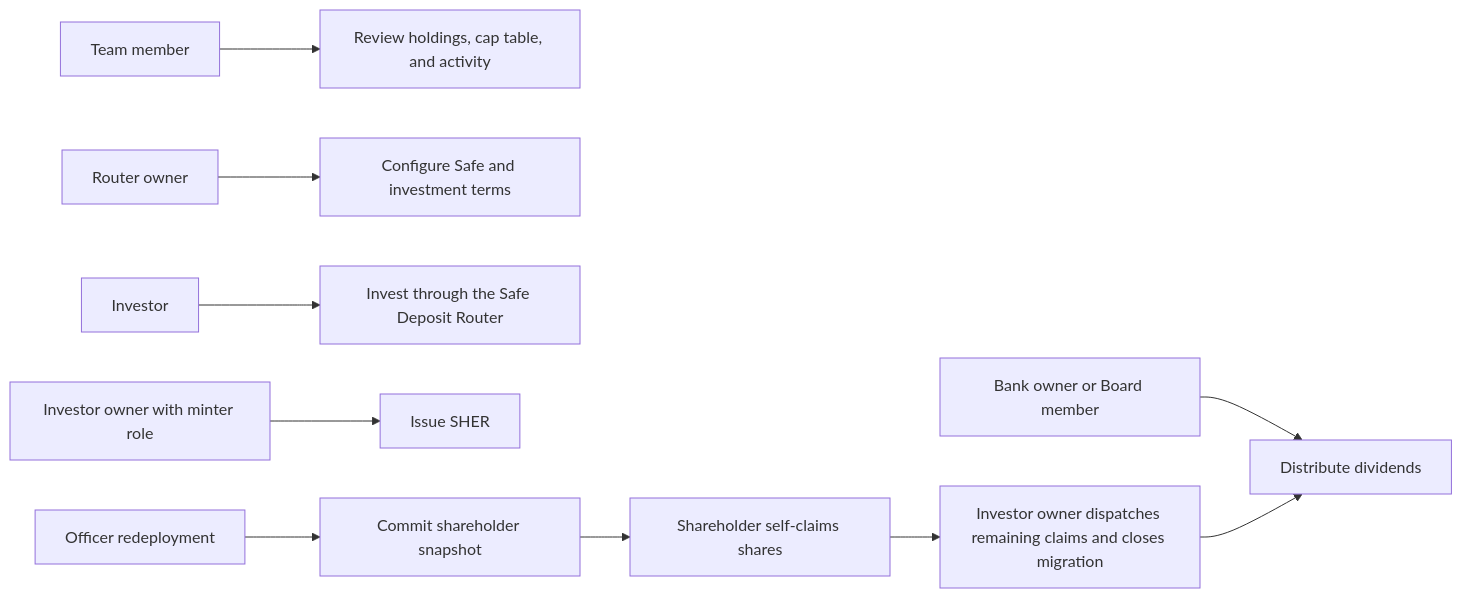
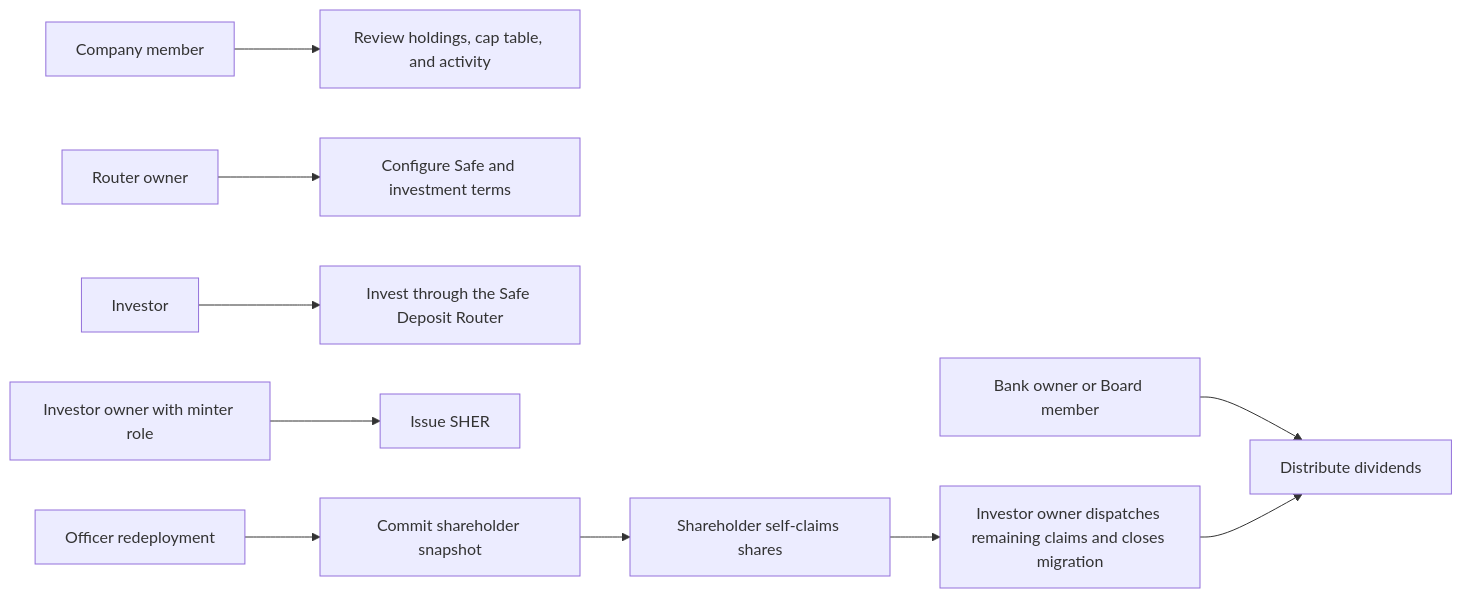
The diagram in docs/features/shareholder-management/README.md (globe-and-citizen/cnc-portal), drawn with Mermaid before and after one commit. The commit also changed other lines of this file and 11 other files, not shown here.

````diff
--- a/docs/features/shareholder-management/README.md
+++ b/docs/features/shareholder-management/README.md
@@ -42,13 +42,13 @@
 ```mermaid
 flowchart LR
-    Member[Team member] --> Review[Review holdings, cap table, and activity]
+    Member[Company member] --> Review[Review holdings, cap table, and activity]
     RouterOwner[Router owner] --> Configure[Configure Safe and investment terms]
     Investor[Investor] --> Invest[Invest through the Safe Deposit Router]
     InvestorOwner[Investor owner with minter role] --> Issue[Issue SHER]
     BankOwner[Bank owner or Board member] --> Dividend[Distribute dividends]
 
     Redeploy[Officer redeployment] --> Snapshot[Commit shareholder snapshot]
     Snapshot --> Claim[Shareholder self-claims shares]
     Claim --> Settle[Investor owner dispatches remaining claims and closes migration]
     Settle --> Dividend
 ```
````
